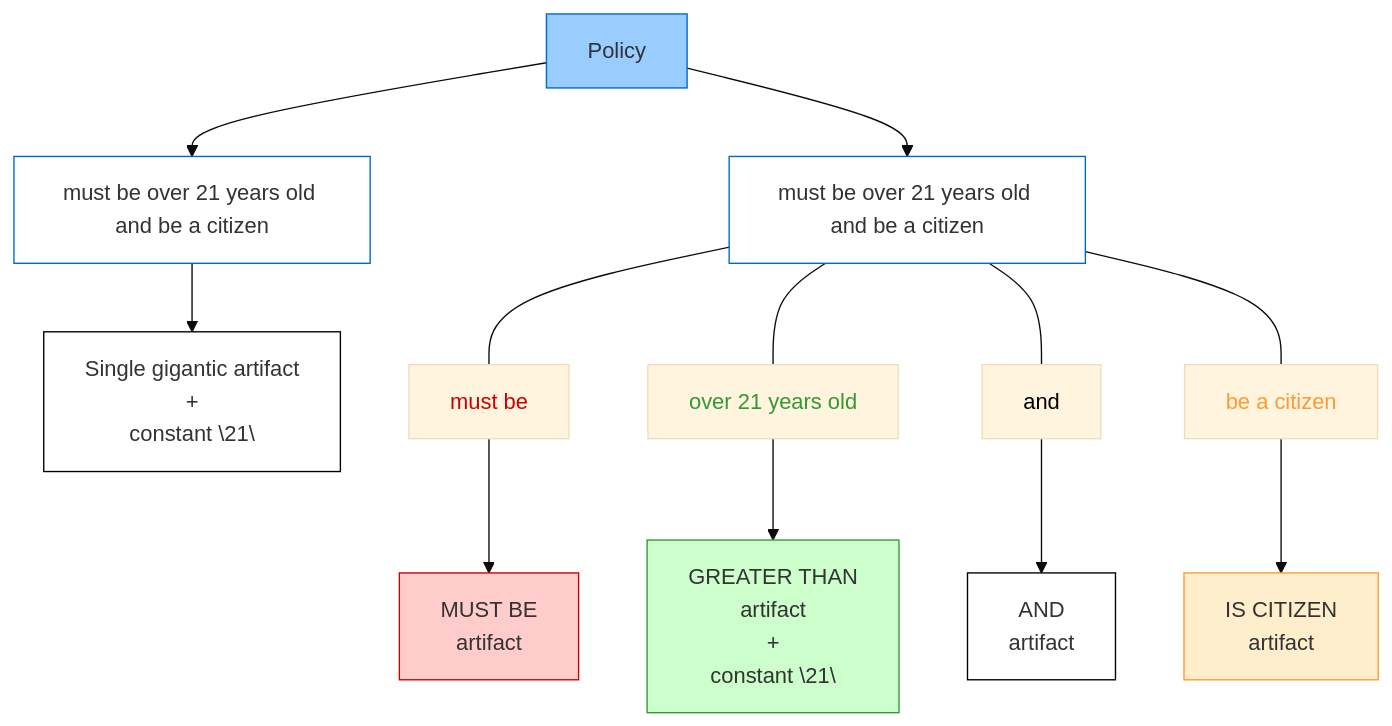
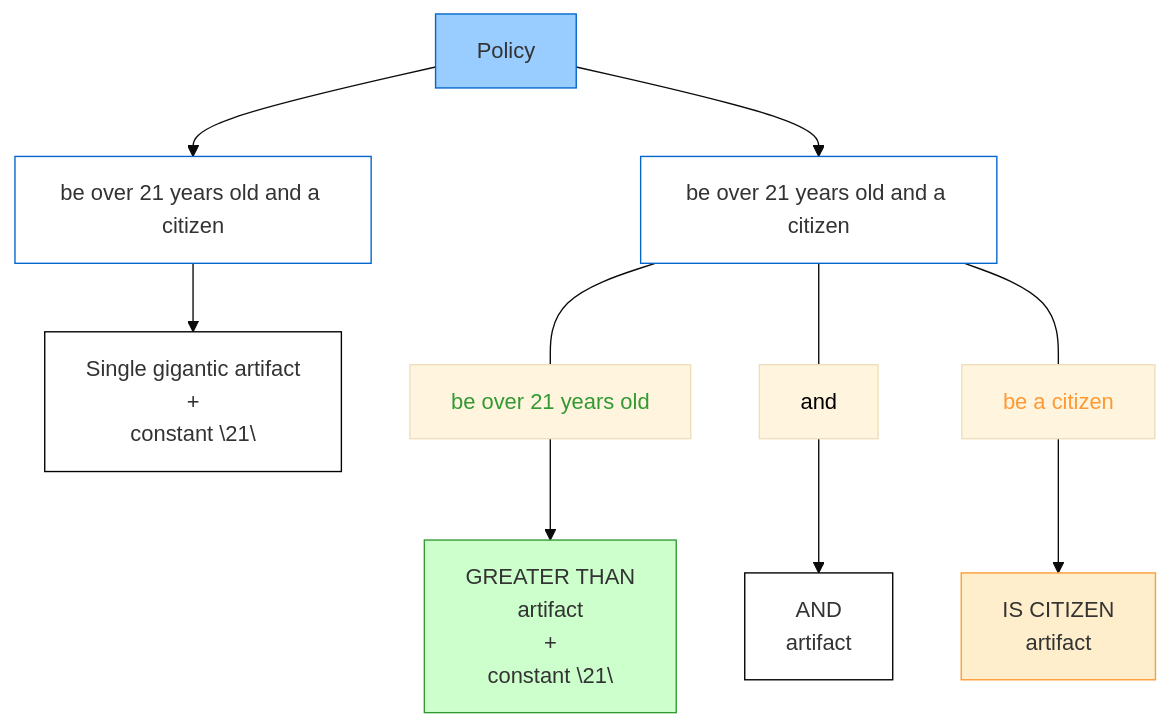
Before and after one commit to GuardianLabs/ERCs: the diagram in ERCS/erc-draft_composite_policy.md, drawn with Mermaid (base theme). The commit also changed other lines of this file, not shown here.

Commit message:
edits, point 2

````diff
--- a/ERCS/erc-draft_composite_policy.md
+++ b/ERCS/erc-draft_composite_policy.md
@@ -50,54 +50,48 @@
 ```mermaid
 flowchart TD
     %% Define the policy node at the top
     Policy[Policy]:::policy
     
     %% Define the two approaches
-    SingleApproach[must be over 21 years old and be a citizen]:::box
-    ModularApproach[must be over 21 years old and be a citizen]:::box
+    SingleApproach[be over 21 years old and a citizen]:::box
+    ModularApproach[be over 21 years old and a citizen]:::box
     
     %% Define the single artifact implementation
     SingleArtifact["Single gigantic artifact\n+\nconstant \"21\""]:::single
     
     %% Define modular artifact implementations
-    MustBe["MUST BE\nartifact"]:::mustbe
     And["AND\nartifact"]:::and
     GreaterThan["GREATER THAN\nartifact\n+\nconstant \"21\""]:::greater
     IsCitizen["IS CITIZEN\nartifact"]:::citizen
     
     %% Define subcomponents in modular approach
-    MustBeText[must be]:::redText
-    Over21Text[over 21 years old]:::greenText
+    Over21Text[be over 21 years old]:::greenText
     AndText[and]:::blackText
     CitizenText[be a citizen]:::orangeText
     
     %% Connect everything
     Policy --> SingleApproach
     Policy --> ModularApproach
     
     SingleApproach --> SingleArtifact
     
-    ModularApproach --- MustBeText
     ModularApproach --- Over21Text
     ModularApproach --- AndText
     ModularApproach --- CitizenText
     
-    MustBeText --> MustBe
     AndText --> And
     Over21Text --> GreaterThan
     CitizenText --> IsCitizen
     
     %% Define styles for nodes
     classDef policy fill:#99ccff,stroke:#0066cc,shape:diamond
     classDef box fill:white,stroke:#0066cc,rounded:true
     classDef single fill:white,stroke:black,rounded:true
-    classDef mustbe fill:#ffcccc,stroke:#cc0000,rounded:true
     classDef and fill:white,stroke:black,rounded:true
     classDef greater fill:#ccffcc,stroke:#339933,rounded:true
     classDef citizen fill:#ffeecc,stroke:#ff9933,rounded:true
     
-    classDef redText color:#cc0000
     classDef greenText color:#339933
     classDef blackText color:black
     classDef orangeText color:#ff9933
 ```
````
